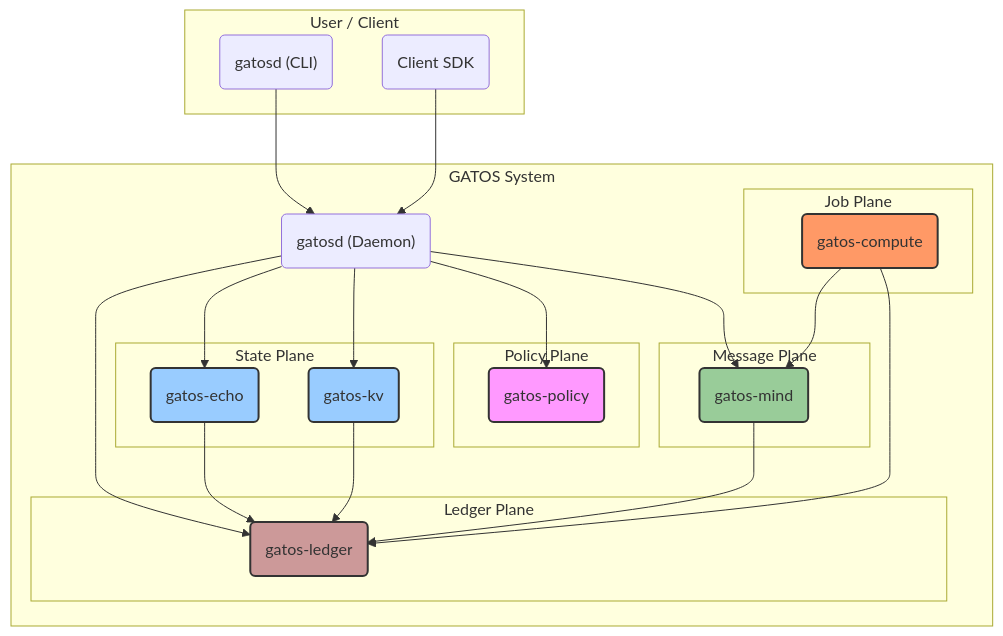
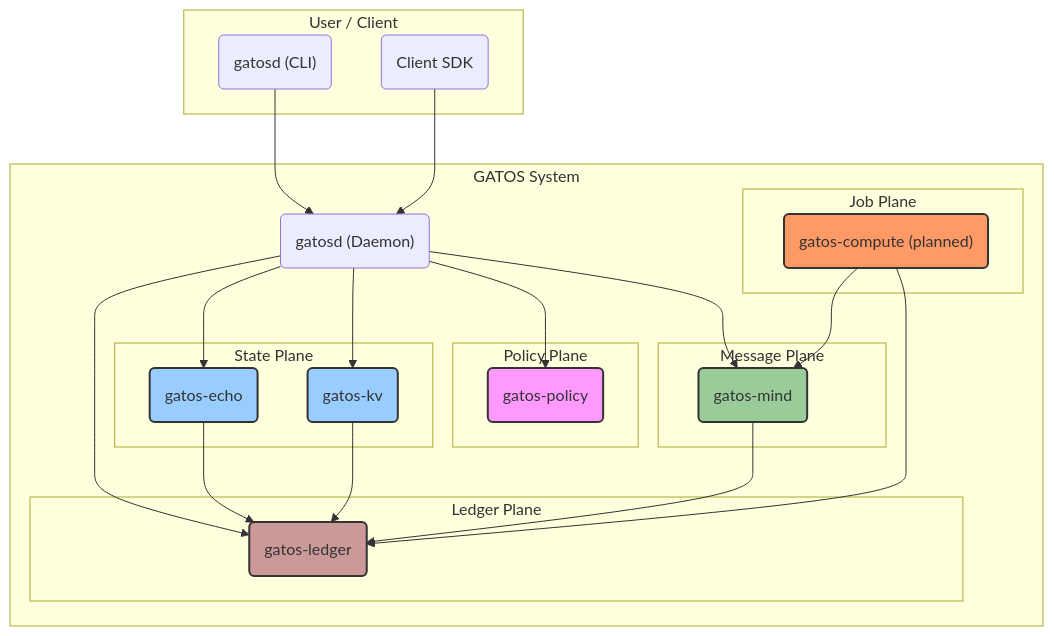
One commit to flyingrobots/gatos changed the second of 21 diagrams in docs/SPEC.md. Above: the diagram before and after it, drawn with Mermaid.

Commit message:
docs: Mark gatos-compute as planned in SPEC.md system diagram

````diff
--- a/docs/SPEC.md
+++ b/docs/SPEC.md
@@ -50,54 +50,54 @@
 ```mermaid
 graph TD
     subgraph "User / Client"
         CLI("gatosd (CLI)")
         SDK("Client SDK")
     end
 
     subgraph "GATOS System"
         Daemon("gatosd (Daemon)")
 
         subgraph "Policy Plane"
             Policy("gatos-policy");
         end
 
         subgraph "State Plane"
             Echo("gatos-echo");
             KV("gatos-kv");
         end
 
         subgraph "Message Plane"
             Mind("gatos-mind");
         end
 
         subgraph "Job Plane"
-            Compute("gatos-compute");
+            Compute("gatos-compute (planned)");
         end
 
         subgraph "Ledger Plane"
             Ledger("gatos-ledger");
         end
 
         Daemon --> Policy;
         Daemon --> Echo;
         Daemon --> KV;
         Daemon --> Mind;
         Daemon --> Ledger;
 
         Echo --> Ledger;
         KV --> Ledger;
         Mind --> Ledger;
         Compute --> Mind;
         Compute --> Ledger;
     end
 
     CLI --> Daemon;
     SDK --> Daemon;
 
     style Policy fill:#f9f,stroke:#333,stroke-width:2px
     style Echo fill:#9cf,stroke:#333,stroke-width:2px
     style KV fill:#9cf,stroke:#333,stroke-width:2px
     style Mind fill:#9c9,stroke:#333,stroke-width:2px
     style Ledger fill:#c99,stroke:#333,stroke-width:2px
     style Compute fill:#f96,stroke:#333,stroke-width:2px
 ```
````
